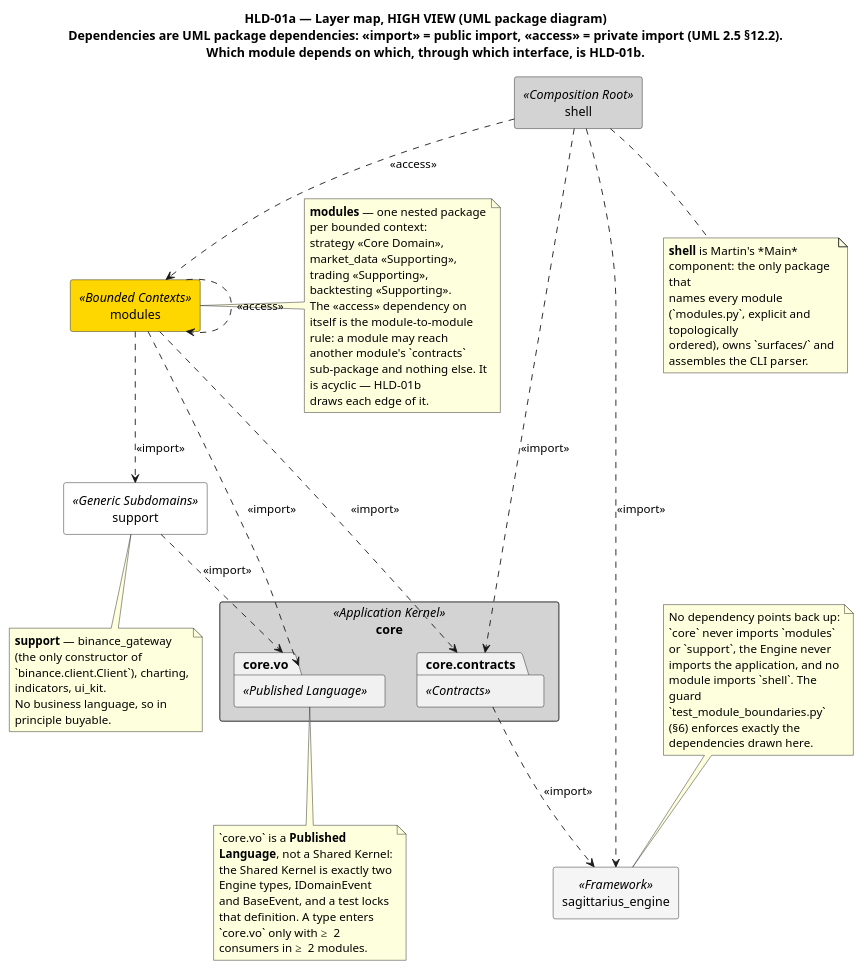
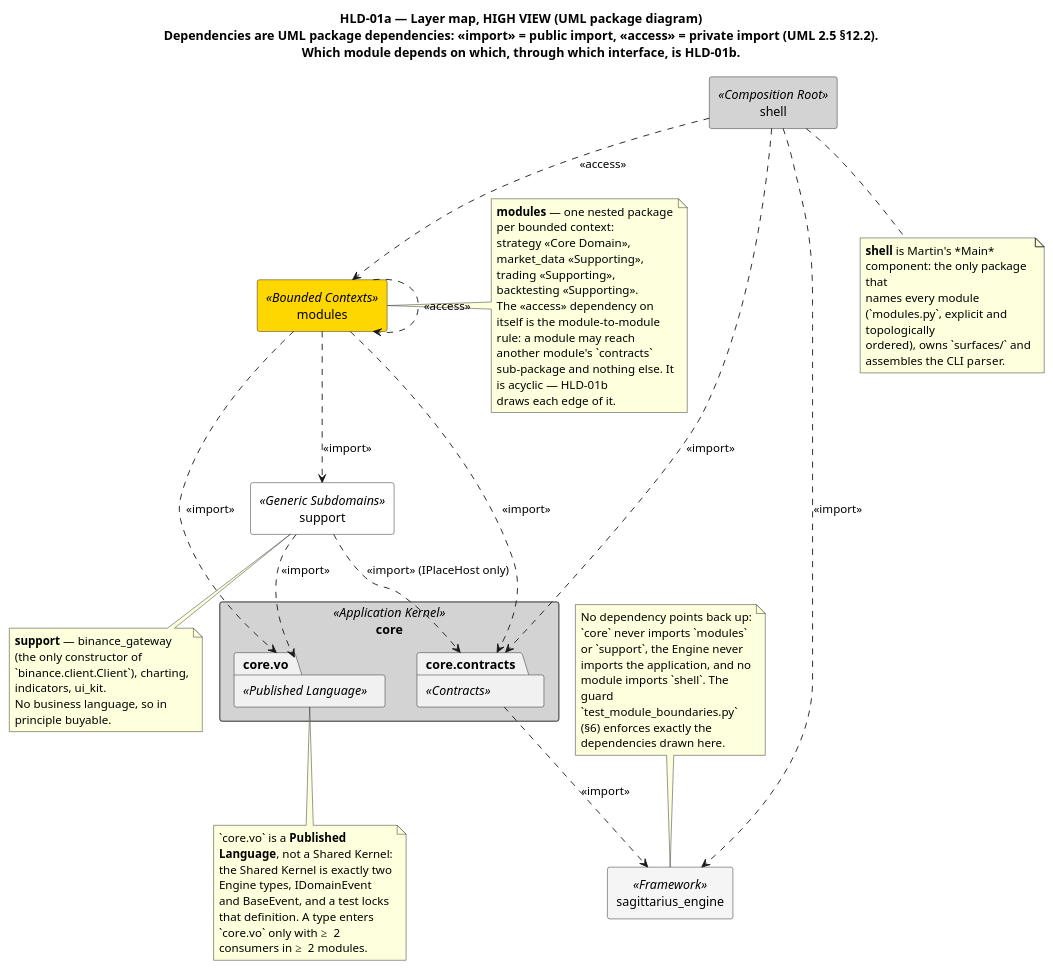
One commit to anhembedded/Sagittarius_Elite_Warrior changed the diagram in Docs/HLD/diagrams/hld-01a_layer_map.puml. Above: the diagram before and after it, drawn with PlantUML. The commit also changed 19 other files, not shown here.

```diff
--- a/Docs/HLD/diagrams/hld-01a_layer_map.puml
+++ b/Docs/HLD/diagrams/hld-01a_layer_map.puml
@@ -1,64 +1,65 @@
 @startuml hld-01a_layer_map
 title HLD-01a — Layer map, HIGH VIEW (UML **package diagram**)\nDependencies are UML package dependencies: «import» = public import, «access» = private import (UML 2.5 §12.2).\nWhich module depends on which, through which interface, is HLD-01b.
 skinparam packageStyle rectangle
 skinparam wrapWidth 200
 
 package shell <<Composition Root>> #LightGray {
 }
 package modules <<Bounded Contexts>> #Gold {
 }
 package support <<Generic Subdomains>> #White {
 }
 package core <<Application Kernel>> #LightGray {
   package "core.contracts" <<Contracts>>
   package "core.vo" <<Published Language>>
 }
 package sagittarius_engine <<Framework>> #WhiteSmoke {
 }
 
 shell ..> modules : <<access>>
 shell ..> "core.contracts" : <<import>>
 shell ..> sagittarius_engine : <<import>>
 modules ..> modules : <<access>>
 modules ..> support : <<import>>
 modules ..> "core.contracts" : <<import>>
 modules ..> "core.vo" : <<import>>
 support ..> "core.vo" : <<import>>
+support ..> "core.contracts" : <<import>> (IPlaceHost only)
 "core.contracts" ..> sagittarius_engine : <<import>>
 
 note right of modules
   **modules** — one nested package per bounded context:
   strategy <<Core Domain>>, market_data <<Supporting>>,
   trading <<Supporting>>, backtesting <<Supporting>>.
   The «access» dependency on itself is the module-to-module
   rule: a module may reach another module's `contracts`
   sub-package and nothing else. It is acyclic — HLD-01b
   draws each edge of it.
 end note
 
 note bottom of shell
   **shell** is Martin's *Main* component: the only package that
   names every module (`modules.py`, explicit and topologically
   ordered), owns `surfaces/` and assembles the CLI parser.
 end note
 
 note bottom of support
   **support** — binance_gateway (the only constructor of
   `binance.client.Client`), charting, indicators, ui_kit.
   No business language, so in principle buyable.
 end note
 
 note bottom of "core.vo"
   `core.vo` is a **Published Language**, not a Shared Kernel:
   the Shared Kernel is exactly two Engine types, IDomainEvent
   and BaseEvent, and a test locks that definition. A type enters
   `core.vo` only with ≥ 2 consumers in ≥ 2 modules.
 end note
 
 note top of sagittarius_engine
   No dependency points back up: `core` never imports `modules`
   or `support`, the Engine never imports the application, and no
   module imports `shell`. The guard `test_module_boundaries.py`
   (§6) enforces exactly the dependencies drawn here.
 end note
 @enduml
```
